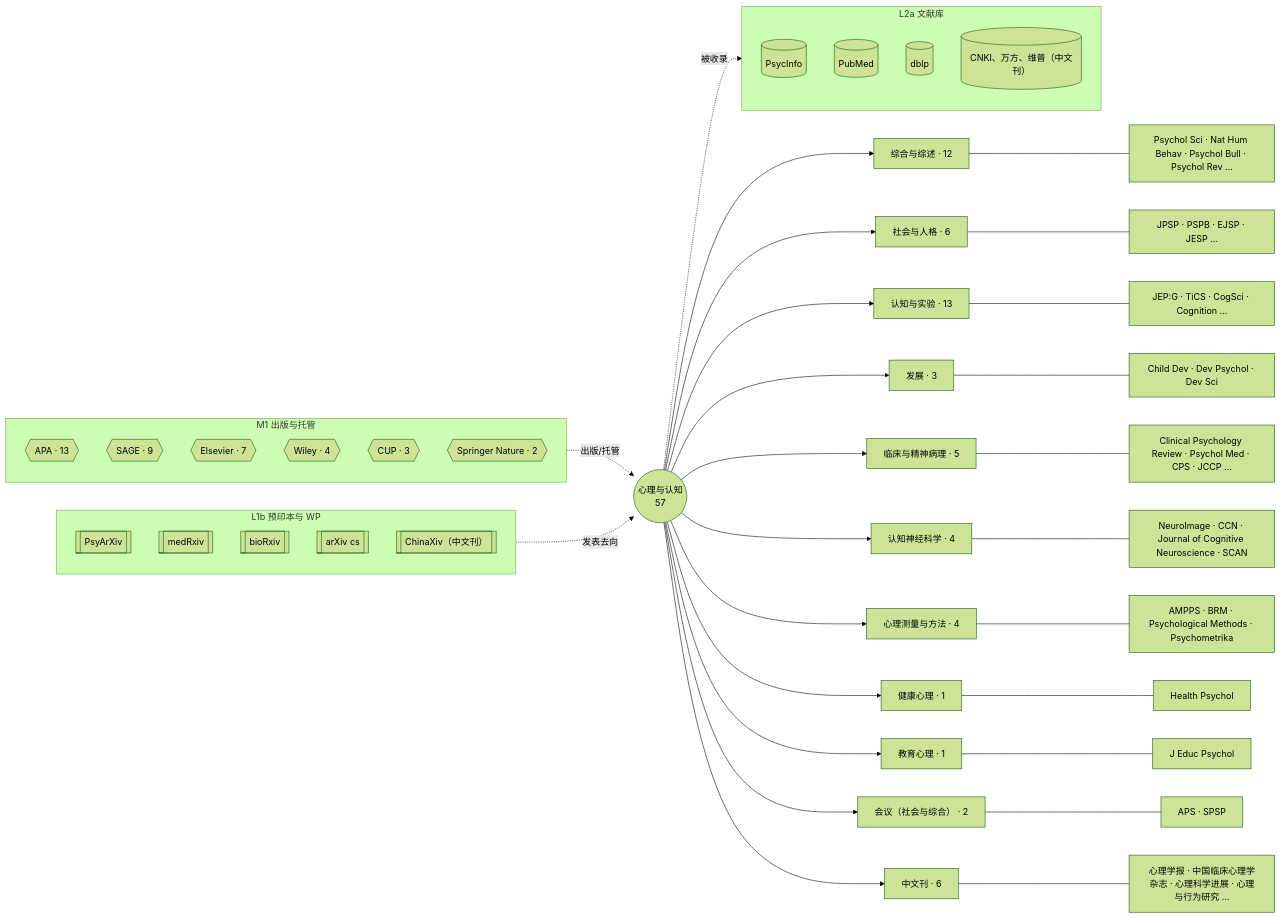
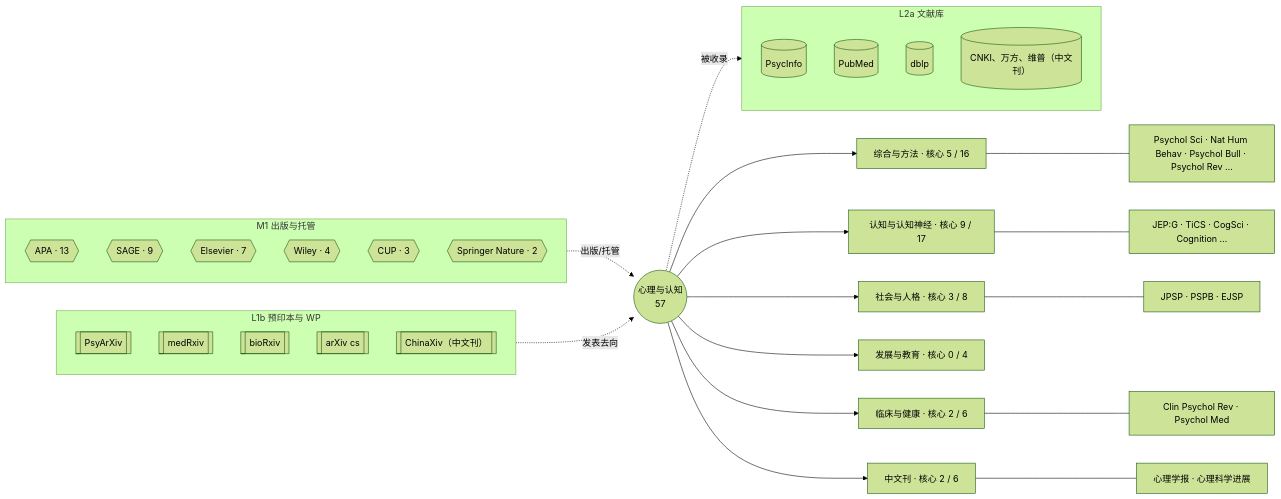
Before and after one commit to yhyfhgs/Confluo: the diagram in docs/catalog/venues/psychology-cognition.md, drawn with Mermaid (forest theme). The commit also changed other lines of this file and 21 other files, not shown here.

````diff
--- a/docs/catalog/venues/psychology-cognition.md
+++ b/docs/catalog/venues/psychology-cognition.md
@@ -14,50 +14,39 @@
 ```mermaid
 flowchart LR
   D(("心理与认知<br/>57"))
-  D --> S0["综合与综述 · 12"]
+  D --> S0["综合与方法 · 核心 5 / 16"]
   S0 --- V0["Psychol Sci · Nat Hum Behav · Psychol Bull · Psychol Rev …"]
-  D --> S1["社会与人格 · 6"]
-  S1 --- V1["JPSP · PSPB · EJSP · JESP …"]
-  D --> S2["认知与实验 · 13"]
-  S2 --- V2["JEP:G · TiCS · CogSci · Cognition …"]
-  D --> S3["发展 · 3"]
-  S3 --- V3["Child Dev · Dev Psychol · Dev Sci"]
-  D --> S4["临床与精神病理 · 5"]
-  S4 --- V4["Clinical Psychology Review · Psychol Med · CPS · JCCP …"]
-  D --> S5["认知神经科学 · 4"]
-  S5 --- V5["NeuroImage · CCN · Journal of Cognitive Neuroscience · SCAN"]
-  D --> S6["心理测量与方法 · 4"]
-  S6 --- V6["AMPPS · BRM · Psychological Methods · Psychometrika"]
-  D --> S7["健康心理 · 1"]
-  S7 --- V7["Health Psychol"]
-  D --> S8["教育心理 · 1"]
-  S8 --- V8["J Educ Psychol"]
-  D --> S9["会议（社会与综合） · 2"]
-  S9 --- V9["APS · SPSP"]
-  D --> SCN["中文刊 · 6"]
-  SCN --- VCN["心理学报 · 中国临床心理学杂志 · 心理科学进展 · 心理与行为研究 …"]
+  D --> S1["认知与认知神经 · 核心 9 / 17"]
+  S1 --- V1["JEP:G · TiCS · CogSci · Cognition …"]
+  D --> S2["社会与人格 · 核心 3 / 8"]
+  S2 --- V2["JPSP · PSPB · EJSP"]
+  D --> S3["发展与教育 · 核心 0 / 4"]
+  D --> S4["临床与健康 · 核心 2 / 6"]
+  S4 --- V4["Clin Psychol Rev · Psychol Med"]
+  D --> SCN["中文刊 · 核心 2 / 6"]
+  SCN --- VCN["心理学报 · 心理科学进展"]
   subgraph M1["M1 出版与托管"]
     P0{{"APA · 13"}}
     P1{{"SAGE · 9"}}
     P2{{"Elsevier · 7"}}
     P3{{"Wiley · 4"}}
     P4{{"CUP · 3"}}
     P5{{"Springer Nature · 2"}}
   end
   M1 -. 出版/托管 .-> D
   subgraph L2A["L2a 文献库"]
     A0[("PsycInfo")]
     A1[("PubMed")]
     A2[("dblp")]
     A3[("CNKI、万方、维普（中文刊）")]
   end
   D -. 被收录 .-> L2A
   subgraph L1B["L1b 预印本与 WP"]
     B0[["PsyArXiv"]]
     B1[["medRxiv"]]
     B2[["bioRxiv"]]
     B3[["arXiv cs"]]
     B4[["ChinaXiv（中文刊）"]]
   end
   L1B -. 发表去向 .-> D
 ```
````
